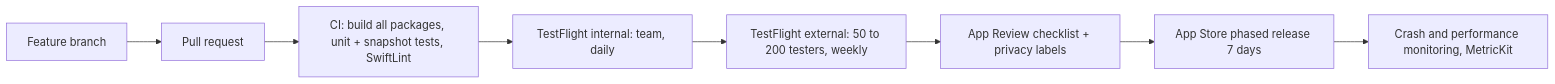
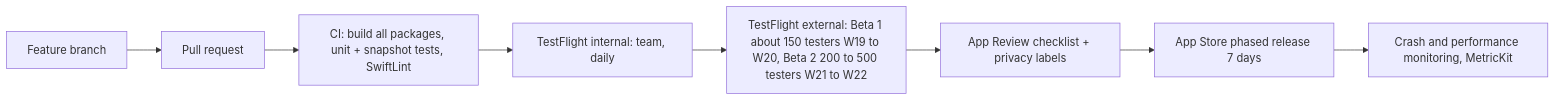
The third of 3 diagrams in npat-planning/master-reference/INKWELL-COMPLETE-REFERENCE.md (nikhilprakash24/CVIN-SC-Implementation-SSI-DID), drawn with Mermaid before and after one commit. The commit also changed other lines of this file and 11 other files, not shown here.

````diff
--- a/npat-planning/master-reference/INKWELL-COMPLETE-REFERENCE.md
+++ b/npat-planning/master-reference/INKWELL-COMPLETE-REFERENCE.md
@@ -371,10 +372,10 @@
 ```mermaid
 flowchart LR
   Dev[Feature branch] --> PR[Pull request]
   PR --> CI[CI: build all packages, unit + snapshot tests, SwiftLint]
   CI --> TF1[TestFlight internal: team, daily]
-  TF1 --> TF2[TestFlight external: 50 to 200 testers, weekly]
+  TF1 --> TF2[TestFlight external: Beta 1 about 150 testers W19 to W20, Beta 2 200 to 500 testers W21 to W22]
   TF2 --> Review[App Review checklist + privacy labels]
   Review --> Store[App Store phased release 7 days]
   Store --> Mon[Crash and performance monitoring, MetricKit]
 ```
````
